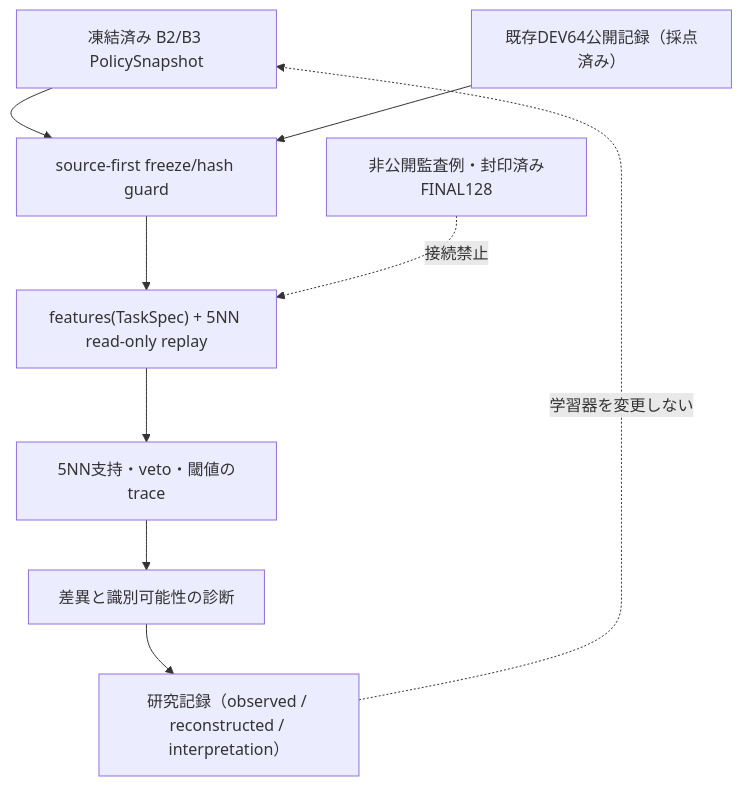
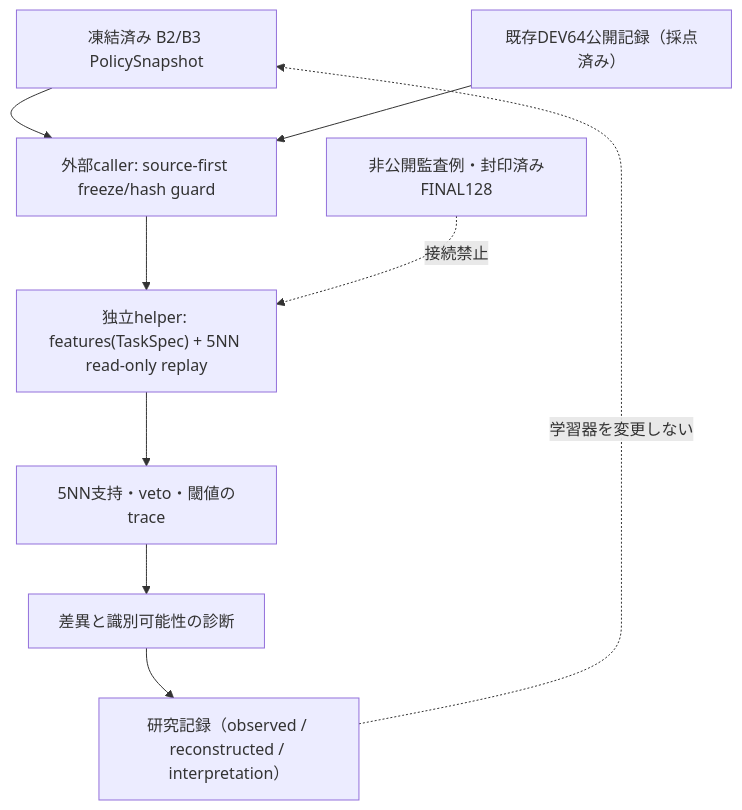
Before and after one commit to ryonakayama234/DekaSugi: diagram 21 of 21 in docs/architecture/system.md, drawn with Mermaid. The commit also changed other lines of this file and 7 other files, not shown here.

First line of the commit message:
POLICY-DIAG-001 read-only helper and gate tests

````diff
--- a/docs/architecture/system.md
+++ b/docs/architecture/system.md
@@ -428,11 +428,11 @@
 ```mermaid
 flowchart TD
-  S["凍結済み B2/B3 PolicySnapshot"] --> G["source-first freeze/hash guard"]
+  S["凍結済み B2/B3 PolicySnapshot"] --> G["外部caller: source-first freeze/hash guard"]
   P["既存DEV64公開記録（採点済み）"] --> G
-  G --> F["features(TaskSpec) + 5NN read-only replay"]
+  G --> F["独立helper: features(TaskSpec) + 5NN read-only replay"]
   F --> T["5NN支持・veto・閾値のtrace"]
   T --> M["差異と識別可能性の診断"]
   M --> R["研究記録（observed / reconstructed / interpretation）"]
   X["非公開監査例・封印済みFINAL128"] -.->|"接続禁止"| F
   R -.->|"学習器を変更しない"| S
 ```
````
